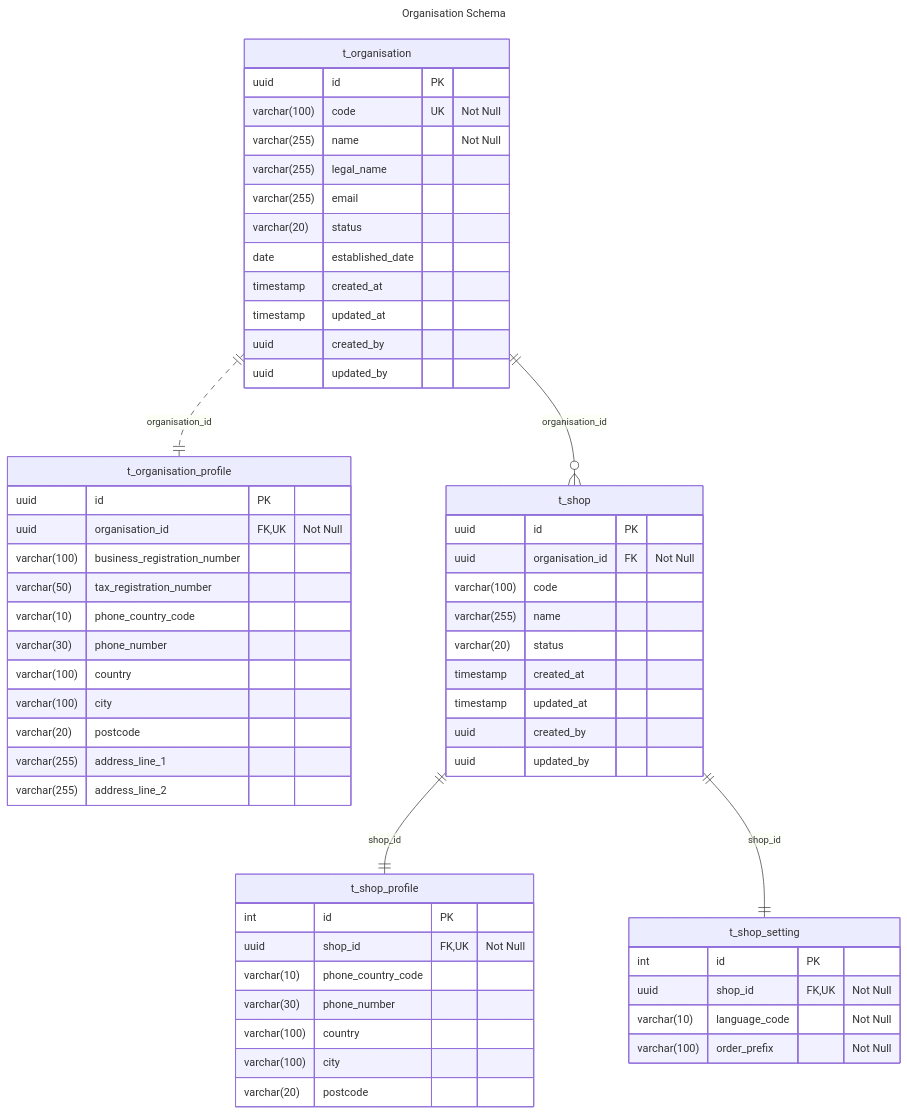
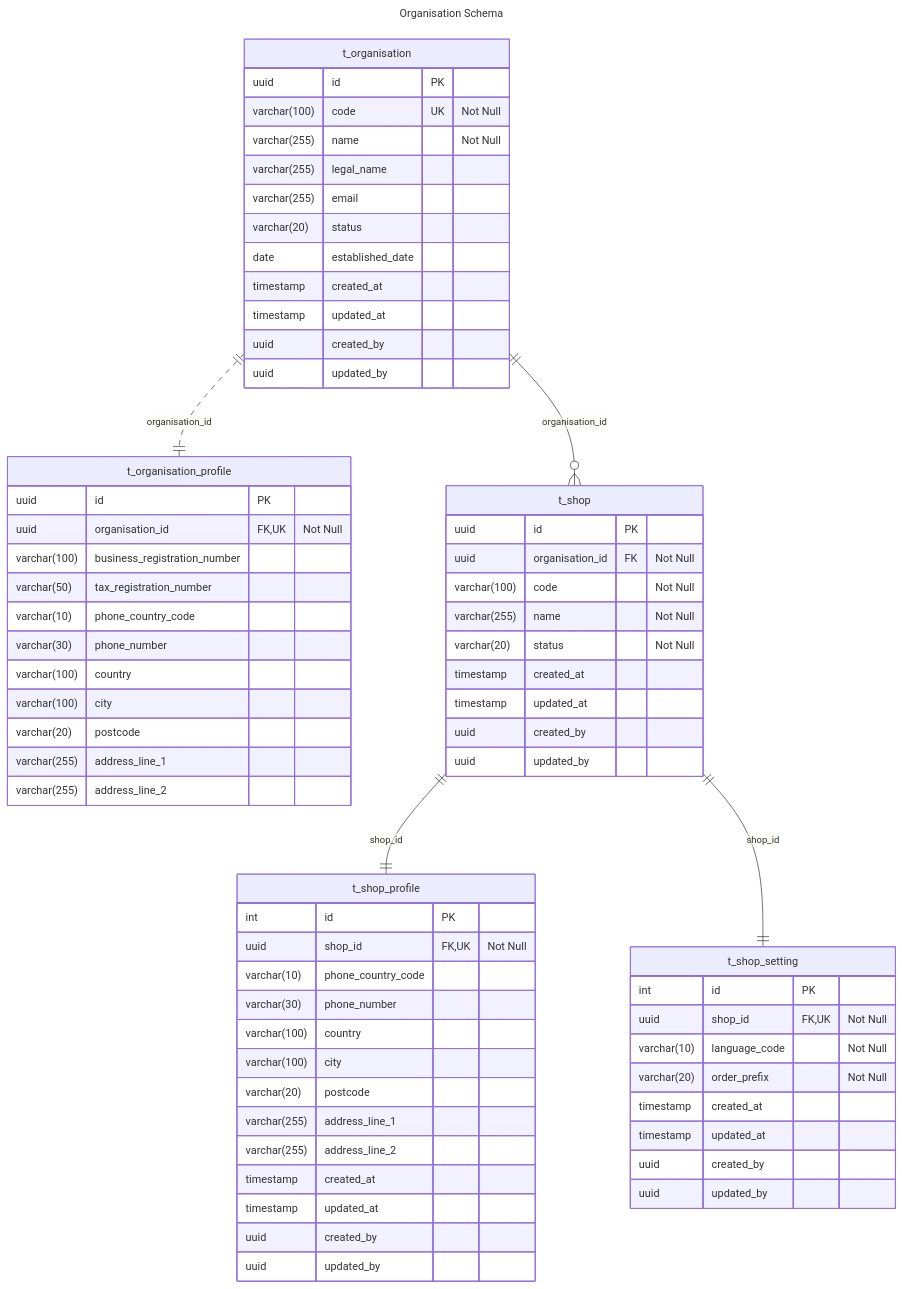
Before and after one commit to va4815/stockflow-docs: the diagram in database/modules/organisation-erd.md, drawn with Mermaid.

Commit message:
docs: update organisation and shop table fields

````diff
--- a/database/modules/organisation-erd.md
+++ b/database/modules/organisation-erd.md
@@ -40,8 +40,6 @@
 
         varchar(255) address_line_1
         varchar(255) address_line_2
-
-
     }
     t_organisation ||..|| t_organisation_profile : organisation_id
 
@@ -49,9 +47,9 @@
         uuid id PK
         uuid organisation_id FK "Not Null"
 
-        varchar(100) code
-        varchar(255) name
-        varchar(20) status
+        varchar(100) code "Not Null"
+        varchar(255) name "Not Null"
+        varchar(20) status "Not Null"
 
         timestamp created_at
         timestamp updated_at
@@ -71,6 +69,13 @@
         varchar(100) city
         varchar(20) postcode
 
+        varchar(255) address_line_1
+        varchar(255) address_line_2
+
+        timestamp created_at
+        timestamp updated_at
+        uuid created_by
+        uuid updated_by
     }
     t_shop ||--|| t_shop_profile : shop_id
 
@@ -79,9 +84,12 @@
         uuid shop_id FK, UK "Not Null"
 
         varchar(10) language_code "Not Null"
-        varchar(100) order_prefix "Not Null"
+        varchar(20) order_prefix "Not Null"
 
+        timestamp created_at
+        timestamp updated_at
+        uuid created_by
+        uuid updated_by
     }
     t_shop ||--|| t_shop_setting : shop_id
-
 ```
````
